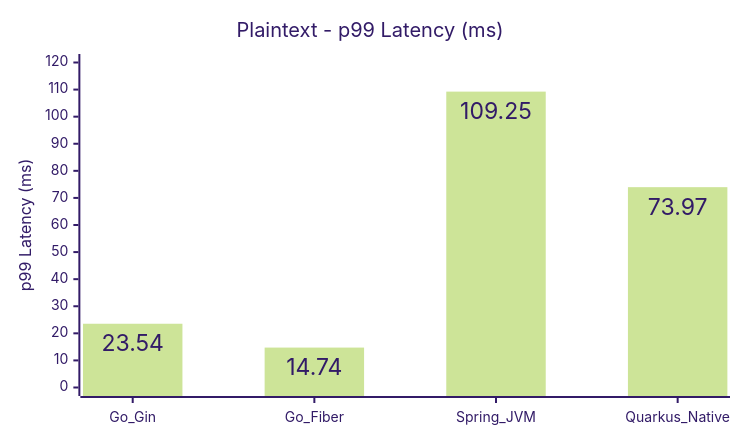
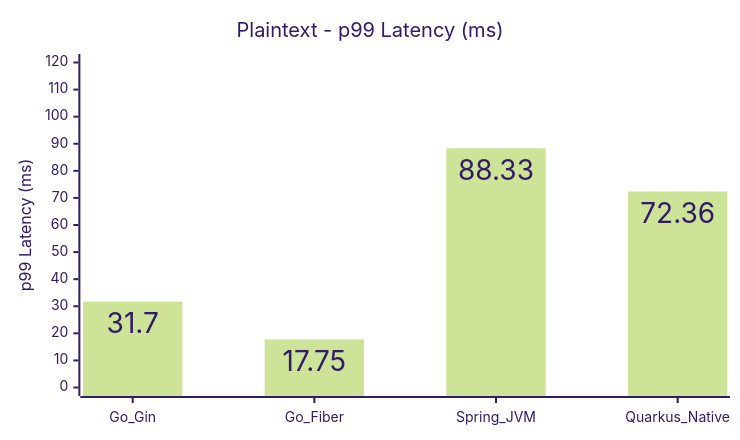
One commit to hiiamtin/go-vs-java changed diagram 14 of 15 in COMPARISON_REPORT.md. Above: the diagram before and after it, drawn with Mermaid (forest theme). The commit also changed other lines of this file and 93 other files, not shown here.

````diff
--- a/COMPARISON_REPORT.md
+++ b/COMPARISON_REPORT.md
@@ -253,14 +253,14 @@
 ```mermaid
 ---
 config:
   xyChart:
     width: 720
     height: 420
     showDataLabel: true
 ---
 xychart
     title "Plaintext - p99 Latency (ms)"
     x-axis [Go_Gin, Go_Fiber, Spring_JVM, Quarkus_Native]
     y-axis "p99 Latency (ms)" 0 --> 120
-    bar [23.54, 14.74, 109.25, 73.97]
+    bar [31.70, 17.75, 88.33, 72.36]
 ```
````
